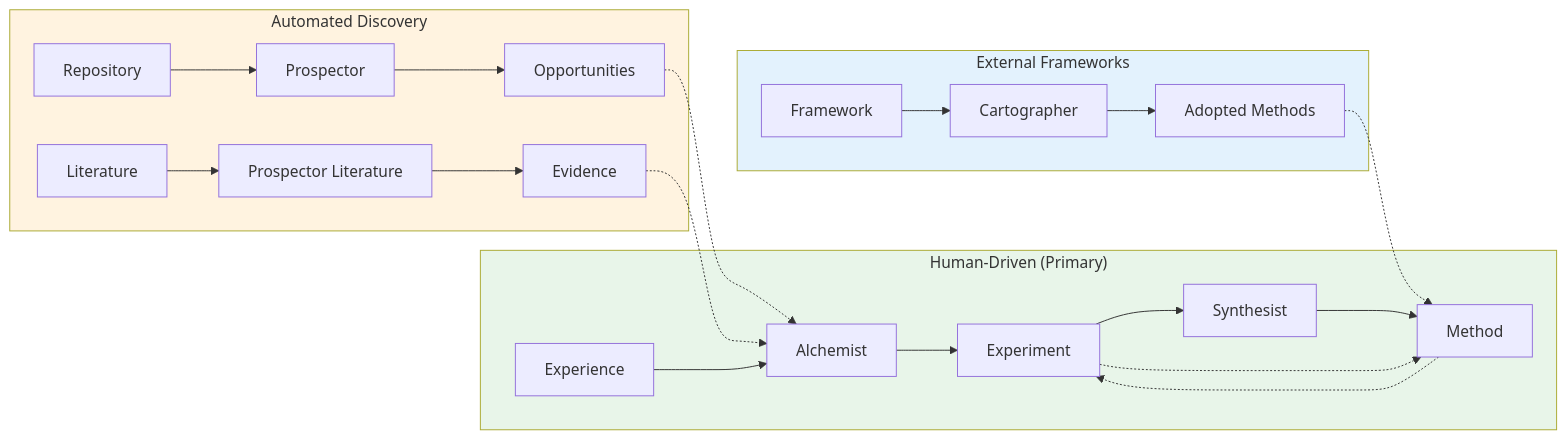
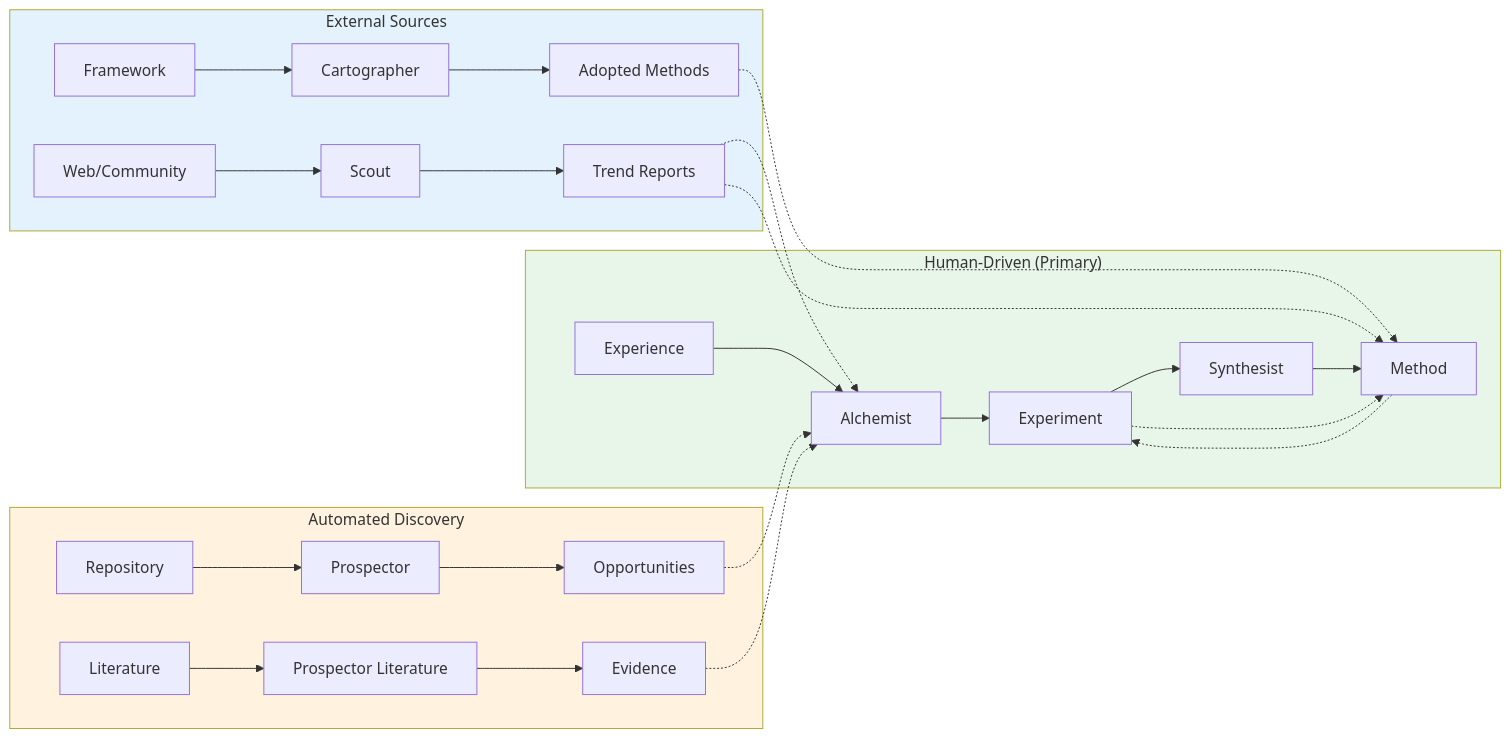
Before and after one commit to esimplicityinc/flow-optimized-engineering: the first of 2 diagrams in docs/docs/field-guides/using-ai-agents.md, drawn with Mermaid. The commit also changed other lines of this file and 8 other files, not shown here.

First line of the commit message:
feat(agents): add Scout agent system for agentic coding trend research

````diff
--- a/docs/docs/field-guides/using-ai-agents.md
+++ b/docs/docs/field-guides/using-ai-agents.md
@@ -551,31 +752,35 @@
 ```mermaid
 flowchart LR
     subgraph human["Human-Driven (Primary)"]
         E[Experience] --> A[Alchemist]
         A --> X[Experiment]
         X --> S[Synthesist]
         S --> M[Method]
     end
     
     subgraph auto["Automated Discovery"]
         R[Repository] --> P[Prospector]
         P --> O[Opportunities]
         L[Literature] --> PL[Prospector Literature]
         PL --> EV[Evidence]
     end
     
-    subgraph external["External Frameworks"]
+    subgraph external["External Sources"]
         F[Framework] --> C[Cartographer]
         C --> AM[Adopted Methods]
+        W[Web/Community] --> SC[Scout]
+        SC --> TR[Trend Reports]
     end
     
     O -.-> A
     EV -.-> A
+    TR -.-> A
+    TR -.-> M
     AM -.-> M
     M -.-> X
     X -.-> M
     
     style human fill:#e8f5e9
     style auto fill:#fff3e0
     style external fill:#e3f2fd
 ```
````
